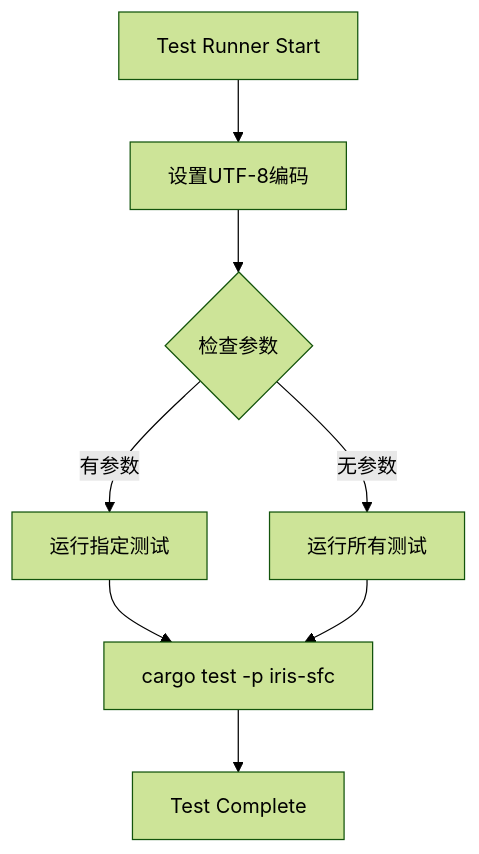
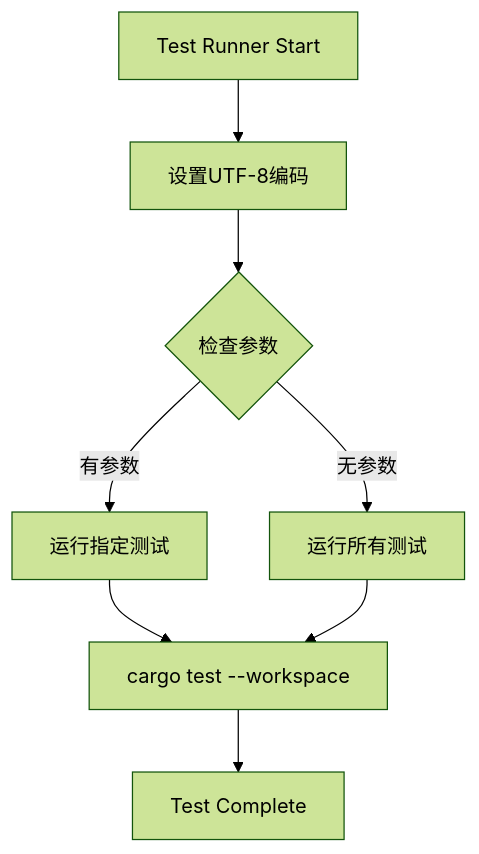
One commit to itszzl-sudo/iris changed the second of 18 diagrams in .qoder/repowiki/zh/content/核心功能特性/工程化与商业化能力/测试框架与基础设施/测试框架与基础设施.md. Above: the diagram before and after it, drawn with Mermaid (forest theme). The commit also changed other lines of this file and 57 other files, not shown here.

````diff
--- a/.qoder/repowiki/zh/content/核心功能特性/工程化与商业化能力/测试框架与基础设施/测试框架与基础设施.md
+++ b/.qoder/repowiki/zh/content/核心功能特性/工程化与商业化能力/测试框架与基础设施/测试框架与基础设施.md
@@ -111,10 +120,10 @@
 ```mermaid
 flowchart TD
 START[Test Runner Start] --> UTF8[设置UTF-8编码]
 UTF8 --> CHECK_ARGS{检查参数}
 CHECK_ARGS --> |有参数| SPECIFIC[运行指定测试]
 CHECK_ARGS --> |无参数| ALL[运行所有测试]
-SPECIFIC --> CARGO[cargo test -p iris-sfc]
+SPECIFIC --> CARGO[cargo test --workspace]
 ALL --> CARGO
 CARGO --> END[Test Complete]
 ```
````
